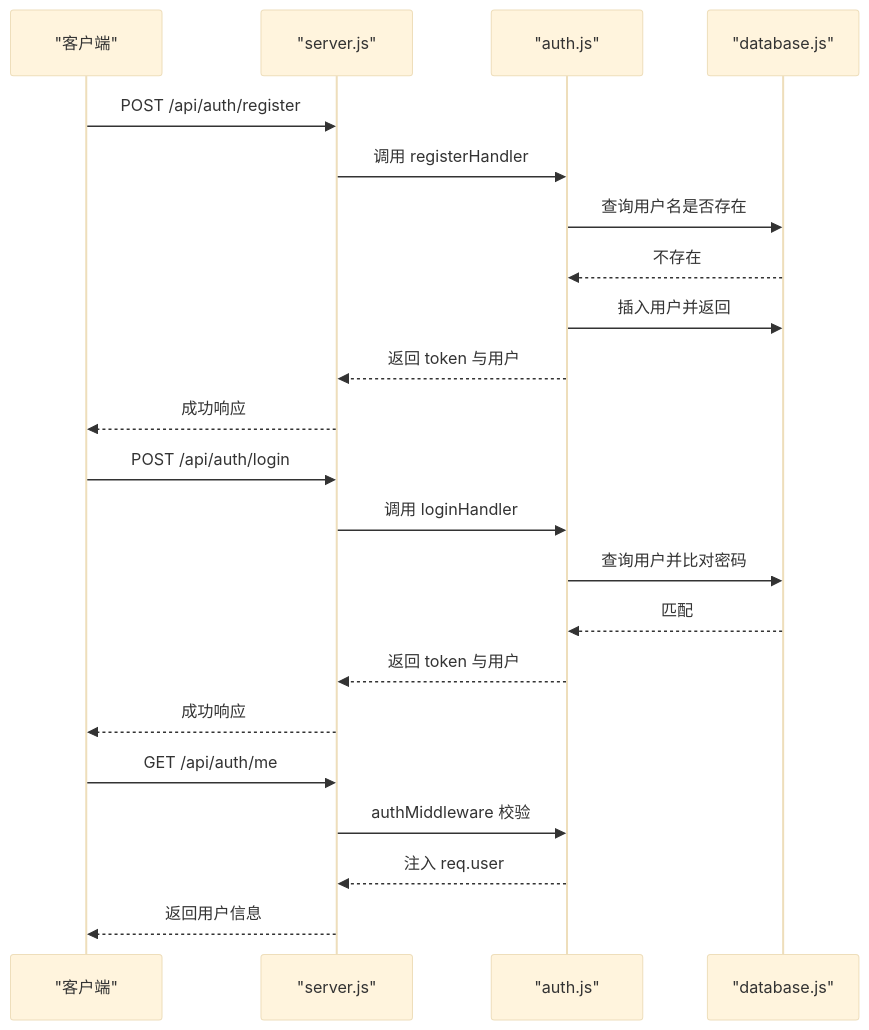
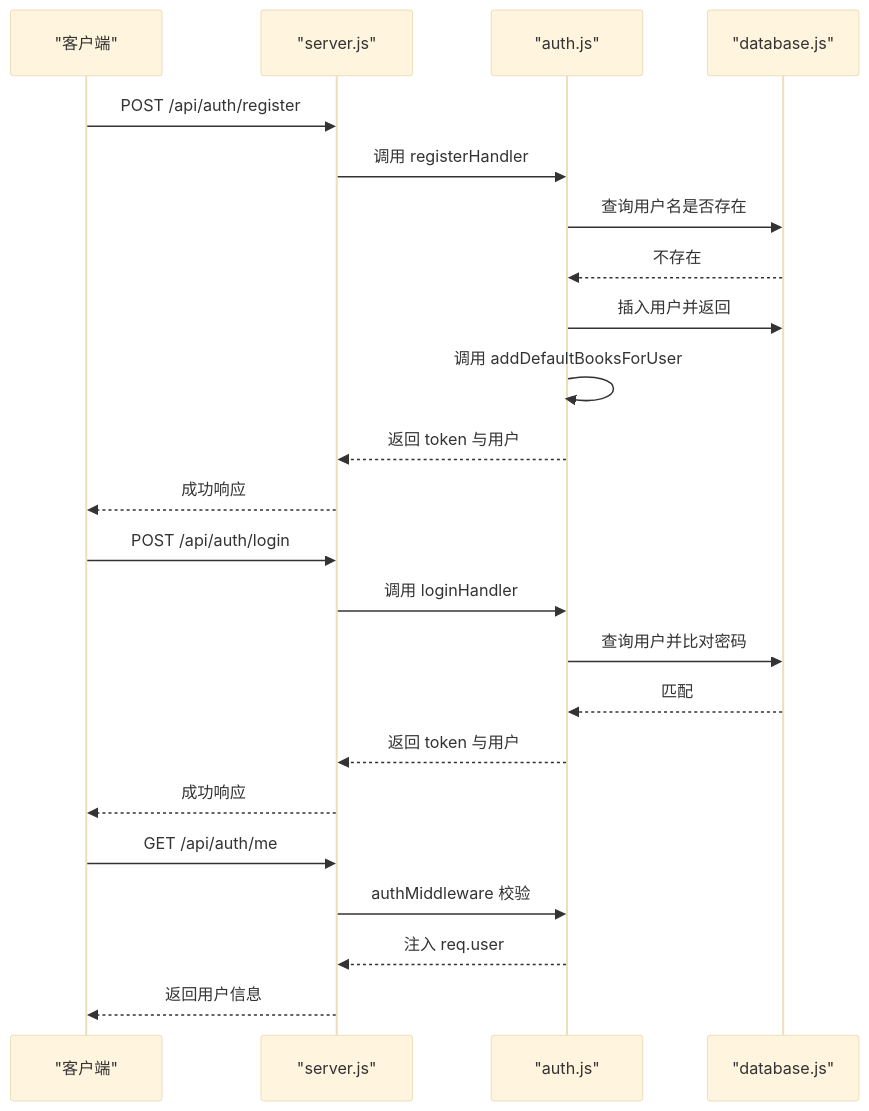
One commit to 1431529361/aread changed the fifth of 8 diagrams in .qoder/repowiki/zh/content/开发者指南/核心模块详解/核心模块详解.md. Above: the diagram before and after it, drawn with Mermaid (base theme). The commit also changed other lines of this file and 32 other files, not shown here.

````diff
--- a/.qoder/repowiki/zh/content/开发者指南/核心模块详解/核心模块详解.md
+++ b/.qoder/repowiki/zh/content/开发者指南/核心模块详解/核心模块详解.md
@@ -237,24 +239,25 @@
 ```mermaid
 sequenceDiagram
 participant Client as "客户端"
 participant Server as "server.js"
 participant Auth as "auth.js"
 participant DB as "database.js"
 Client->>Server : POST /api/auth/register
 Server->>Auth : 调用 registerHandler
 Auth->>DB : 查询用户名是否存在
 DB-->>Auth : 不存在
 Auth->>DB : 插入用户并返回
+Auth->>Auth : 调用 addDefaultBooksForUser
 Auth-->>Server : 返回 token 与用户
 Server-->>Client : 成功响应
 Client->>Server : POST /api/auth/login
 Server->>Auth : 调用 loginHandler
 Auth->>DB : 查询用户并比对密码
 DB-->>Auth : 匹配
 Auth-->>Server : 返回 token 与用户
 Server-->>Client : 成功响应
 Client->>Server : GET /api/auth/me
 Server->>Auth : authMiddleware 校验
 Auth-->>Server : 注入 req.user
 Server-->>Client : 返回用户信息
 ```
````
